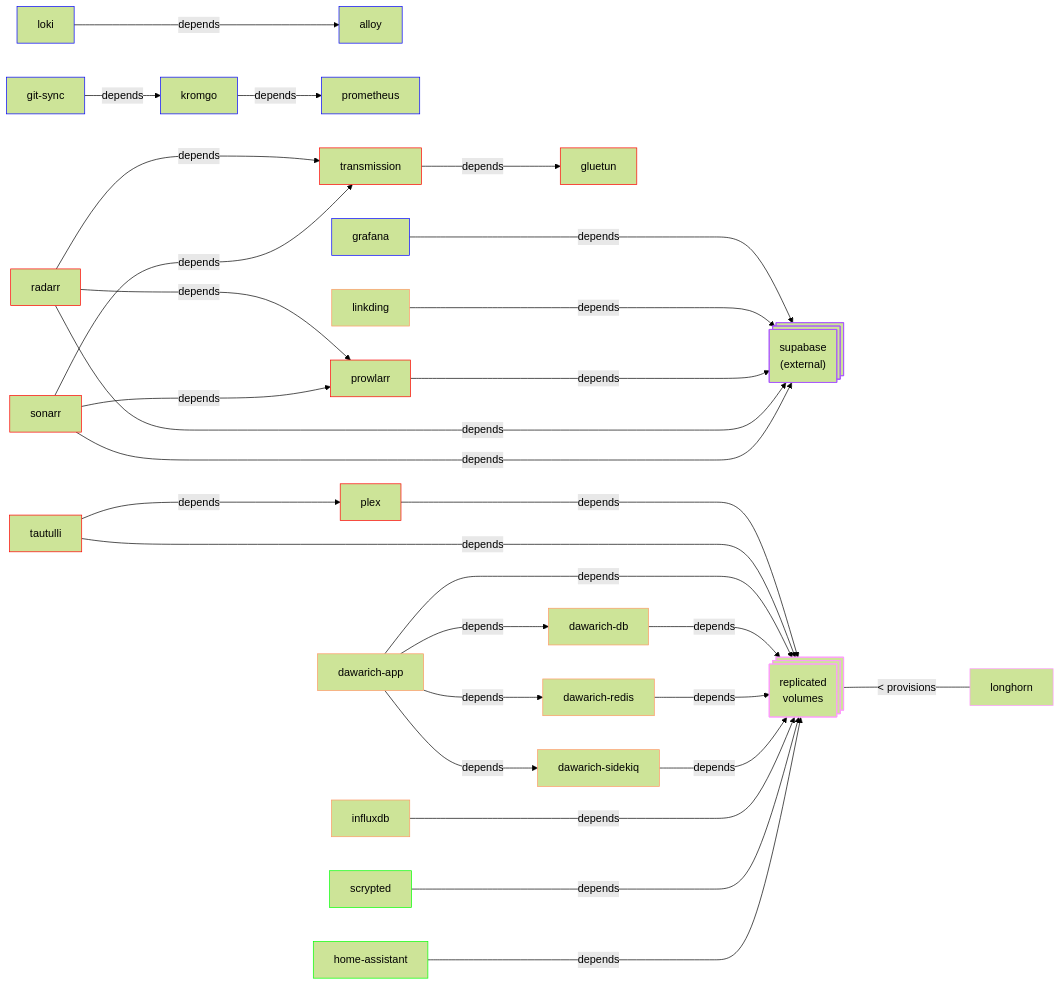
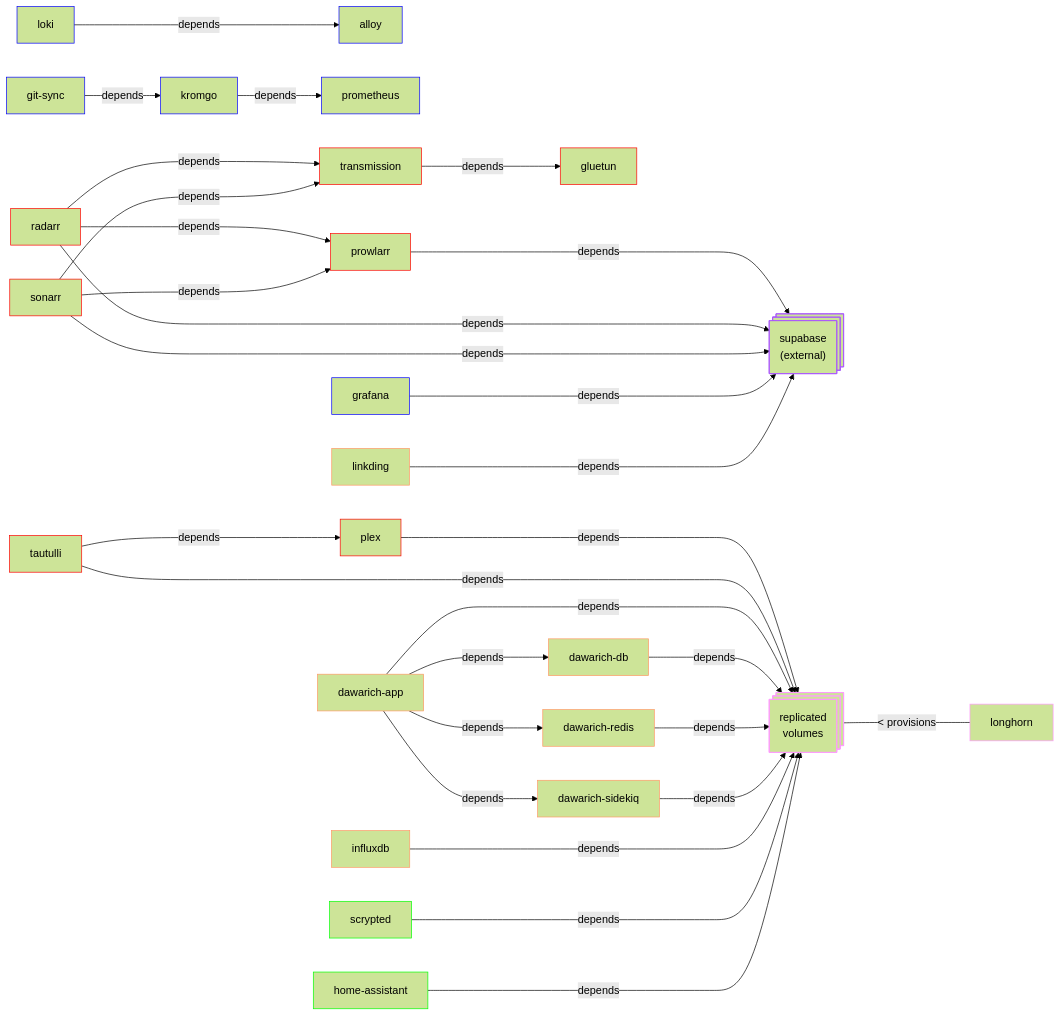
Before and after one commit to jaredfiorali/infrastructure: the first of 3 diagrams in README.md, drawn with Mermaid (forest theme). The commit also changed other lines of this file, not shown here.

Commit message:
Better diagram positioning, and supabase importance

````diff
--- a/README.md
+++ b/README.md
@@ -106,41 +106,41 @@
 ```mermaid
 graph LR
 Z[git-sync]:::blue --> |depends| N[kromgo]
 O[loki]:::blue ---> |depends| K[alloy]
 N[kromgo]:::blue --> |depends| I[prometheus]
-L[grafana]:::blue -----> |depends| Y[supabase]
-V[linkding]:::orange -----> |depends| Y[supabase]
 B[prowlarr]:::red -----> |depends| Y[supabase]
 C[radarr]:::red ---> |depends| B[prowlarr]
 C[radarr]:::red ---> |depends| F[transmission]
 C[radarr]:::red -----> |depends| Y[supabase]
 D[sonarr]:::red ---> |depends| B[prowlarr]
 D[sonarr]:::red ---> |depends| F[transmission]
 D[sonarr]:::red -----> |depends| Y[supabase]
 F[transmission]:::red ---> |depends| G[gluetun]
 G[gluetun]:::red
+L[grafana]:::blue -----> |depends| Y[supabase]
+V[linkding]:::orange -----> |depends| Y[supabase]
 E[tautulli]:::red ---> |depends| A[plex]
 A[plex]:::red -----> |depends| H[replicated\nvolumes]
 E[tautulli]:::red -----> |depends| H[replicated\nvolumes]
 T[dawarich-app]:::orange ---> |depends| U[dawarich-db]
 T[dawarich-app]:::orange ---> |depends| P[dawarich-redis]
 T[dawarich-app]:::orange ---> |depends| Q[dawarich-sidekiq]
 T[dawarich-app]:::orange ---> |depends| H[replicated\nvolumes]
 U[dawarich-db]:::orange ---> |depends| H[replicated\nvolumes]
 P[dawarich-redis]:::orange ---> |depends| H[replicated\nvolumes]
 Q[dawarich-sidekiq]:::orange ---> |depends| H[replicated\nvolumes]
 M[influxdb]:::orange -----> |depends| H[replicated\nvolumes]
 R[scrypted]:::green -----> |depends| H[replicated\nvolumes]
 S[home-assistant]:::green -----> |depends| H[replicated\nvolumes]
 I[prometheus]:::blue
 K[alloy]:::blue
 H:::pink@{ shape: processes, label: "replicated\nvolumes" } <--- |< provisions| J[longhorn]:::pink
 Y:::purple@{ shape: processes, label: "supabase\n(external)" }
 
 classDef red stroke:#f00
 classDef blue stroke:#00f
 classDef green stroke:#0f0
 classDef orange stroke:#f96
 classDef pink stroke:#f9f
 classDef purple stroke:#a5f
 ```
````
